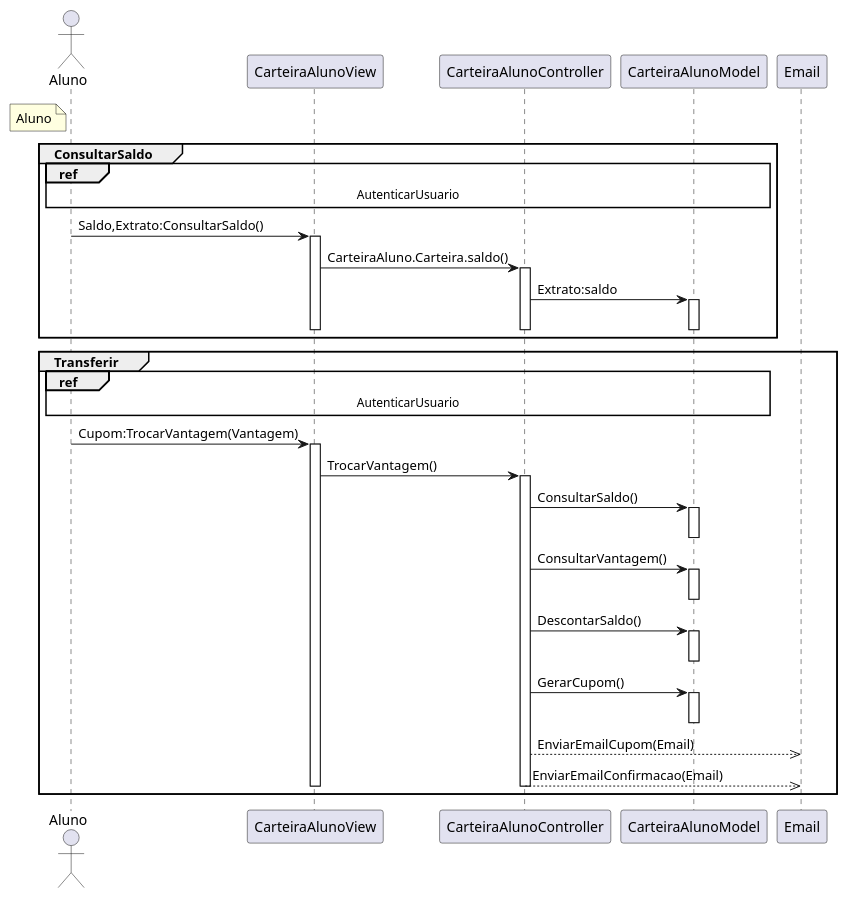
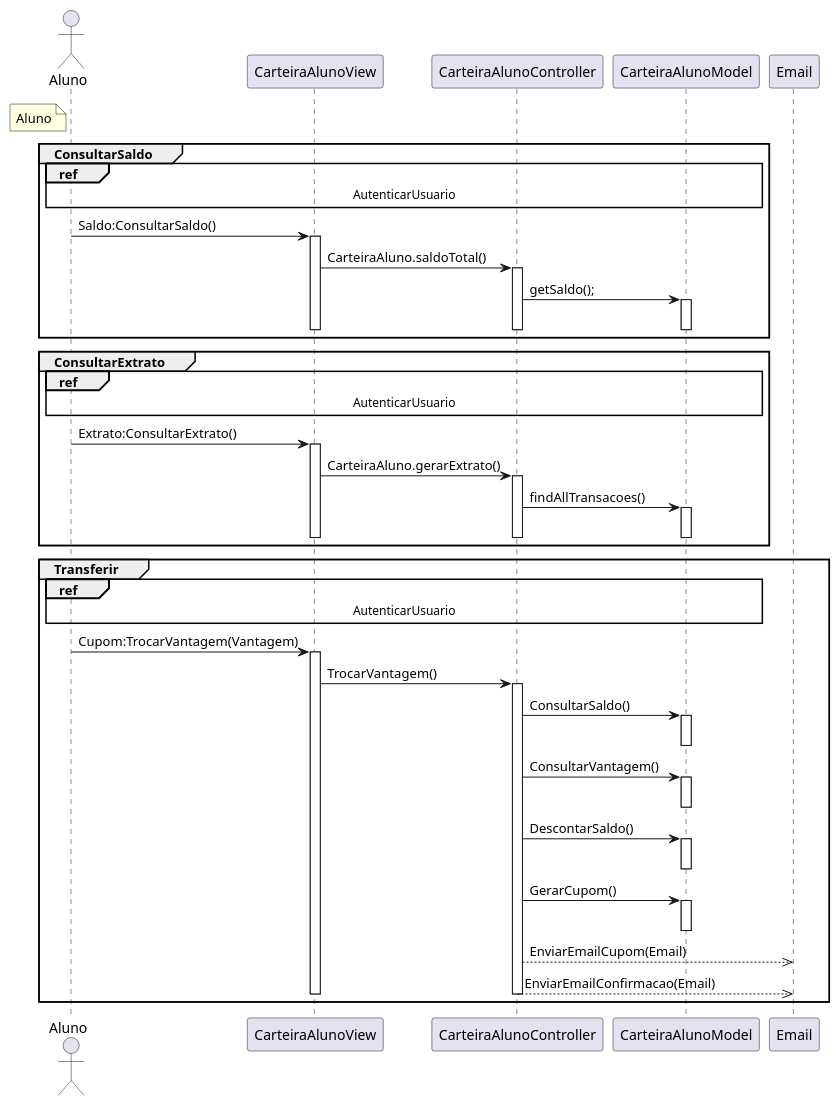
Before and after one commit to G4BR-13-L/lab-desenvolvimento-de-software: the diagram in laboratorio-4/sprint-2/projeto/plantuml/sequencia/Aluno.plantuml, drawn with PlantUML. The commit also changed 1 other file, not shown here.

Commit message:
Remoção de retorno multiplo dos diagramas

```diff
--- a/laboratorio-4/sprint-2/projeto/plantuml/sequencia/Aluno.plantuml
+++ b/laboratorio-4/sprint-2/projeto/plantuml/sequencia/Aluno.plantuml
@@ -1,59 +1,72 @@
 @startuml Aluno
 
 
 actor "Aluno" as Aluno
 note left of Aluno #LightYellow
     Aluno
 end note
 
 participant "CarteiraAlunoView" as CarteiraAlunoView
 participant "CarteiraAlunoController" as CarteiraAlunoController
 participant "CarteiraAlunoModel" as CarteiraAlunoModel
 
 group ConsultarSaldo
     ref over Aluno,CarteiraAlunoView, CarteiraAlunoController, CarteiraAlunoModel : AutenticarUsuario
-    Aluno -> CarteiraAlunoView : Saldo,Extrato:ConsultarSaldo()
+    Aluno -> CarteiraAlunoView : Saldo:ConsultarSaldo()
     activate CarteiraAlunoView
-    CarteiraAlunoView -> CarteiraAlunoController : CarteiraAluno.Carteira.saldo()
+    CarteiraAlunoView -> CarteiraAlunoController : CarteiraAluno.saldoTotal()
     activate CarteiraAlunoController
-    CarteiraAlunoController -> CarteiraAlunoModel : Extrato:saldo
+    CarteiraAlunoController -> CarteiraAlunoModel : getSaldo();
+    activate CarteiraAlunoModel
+    deactivate CarteiraAlunoModel
+    deactivate CarteiraAlunoController
+    deactivate CarteiraAlunoView
+end
+
+group ConsultarExtrato
+    ref over Aluno,CarteiraAlunoView, CarteiraAlunoController, CarteiraAlunoModel : AutenticarUsuario
+    Aluno -> CarteiraAlunoView : Extrato:ConsultarExtrato()
+    activate CarteiraAlunoView
+    CarteiraAlunoView -> CarteiraAlunoController : CarteiraAluno.gerarExtrato()
+    activate CarteiraAlunoController
+    CarteiraAlunoController -> CarteiraAlunoModel : findAllTransacoes()
     activate CarteiraAlunoModel
     deactivate CarteiraAlunoModel
     deactivate CarteiraAlunoController
     deactivate CarteiraAlunoView
 end
 
 group Transferir
     ref over Aluno,CarteiraAlunoView, CarteiraAlunoController, CarteiraAlunoModel : AutenticarUsuario
     Aluno -> CarteiraAlunoView :  Cupom:TrocarVantagem(Vantagem)
     activate CarteiraAlunoView
     CarteiraAlunoView -> CarteiraAlunoController : TrocarVantagem()
     activate CarteiraAlunoController
     CarteiraAlunoController -> CarteiraAlunoModel : ConsultarSaldo()
     activate CarteiraAlunoModel
     deactivate CarteiraAlunoModel
     CarteiraAlunoController -> CarteiraAlunoModel : ConsultarVantagem()
     activate CarteiraAlunoModel
     deactivate  CarteiraAlunoModel
     CarteiraAlunoController -> CarteiraAlunoModel : DescontarSaldo()
     activate CarteiraAlunoModel
     deactivate CarteiraAlunoModel
     CarteiraAlunoController -> CarteiraAlunoModel : GerarCupom()
     activate CarteiraAlunoModel
     deactivate CarteiraAlunoModel
     CarteiraAlunoController -->> Email : EnviarEmailCupom(Email)
     CarteiraAlunoController -->> Email : EnviarEmailConfirmacao(Email)
     deactivate CarteiraAlunoController
     deactivate CarteiraAlunoView
 end
 
 
 
 
 
 ' --> Sincrono
 ' -->> Assincrono
 ' <-- Retorno Sincrono
 ' <<-- Retorno Assíncrono
 
 @enduml
```
